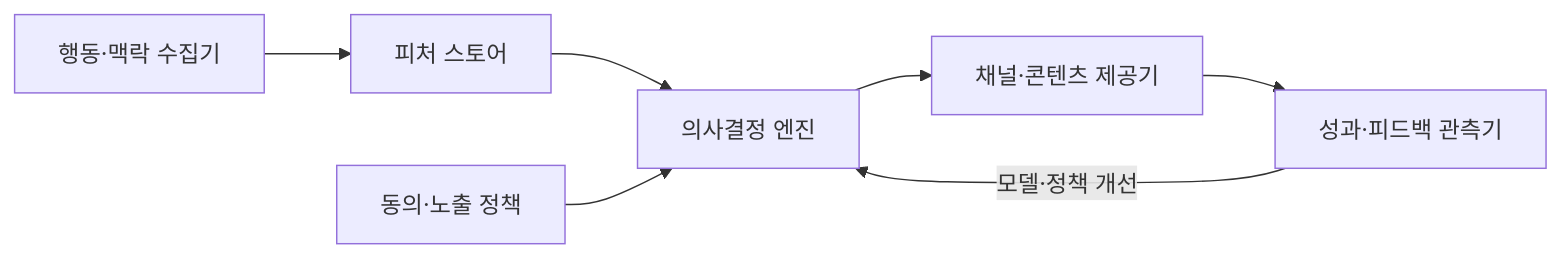
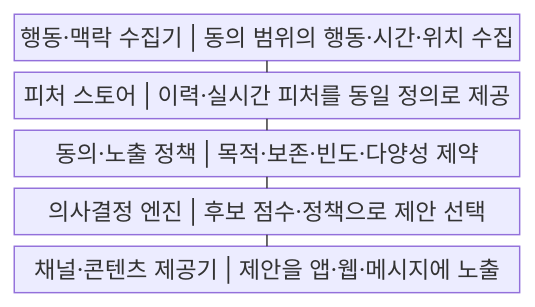
Before and after one commit to agnusdei1207/knowledge-base: the first of 2 diagrams in src/content/docs/notes/03-software/210_hyper_personalization_service.md, drawn with Mermaid. The commit also changed other lines of this file and 20 other files, not shown here.

````diff
--- a/src/content/docs/notes/03-software/210_hyper_personalization_service.md
+++ b/src/content/docs/notes/03-software/210_hyper_personalization_service.md
@@ -52,9 +52,13 @@
 ```mermaid
-flowchart LR
-    E["행동·맥락 수집기"] --> F["피처 스토어"]
-    F --> D["의사결정 엔진"]
-    P["동의·노출 정책"] --> D
-    D --> C["채널·콘텐츠 제공기"]
-    C --> O["성과·피드백 관측기"]
-    O -->|모델·정책 개선| D
+block
+    columns 1
+    A["행동·맥락 수집기 | 동의 범위의 행동·시간·위치 수집"]
+    B["피처 스토어 | 이력·실시간 피처를 동일 정의로 제공"]
+    C["동의·노출 정책 | 목적·보존·빈도·다양성 제약"]
+    D["의사결정 엔진 | 후보 점수·정책으로 제안 선택"]
+    E["채널·콘텐츠 제공기 | 제안을 앱·웹·메시지에 노출"]
+    A --- B
+    B --- C
+    C --- D
+    D --- E
 ```
````
